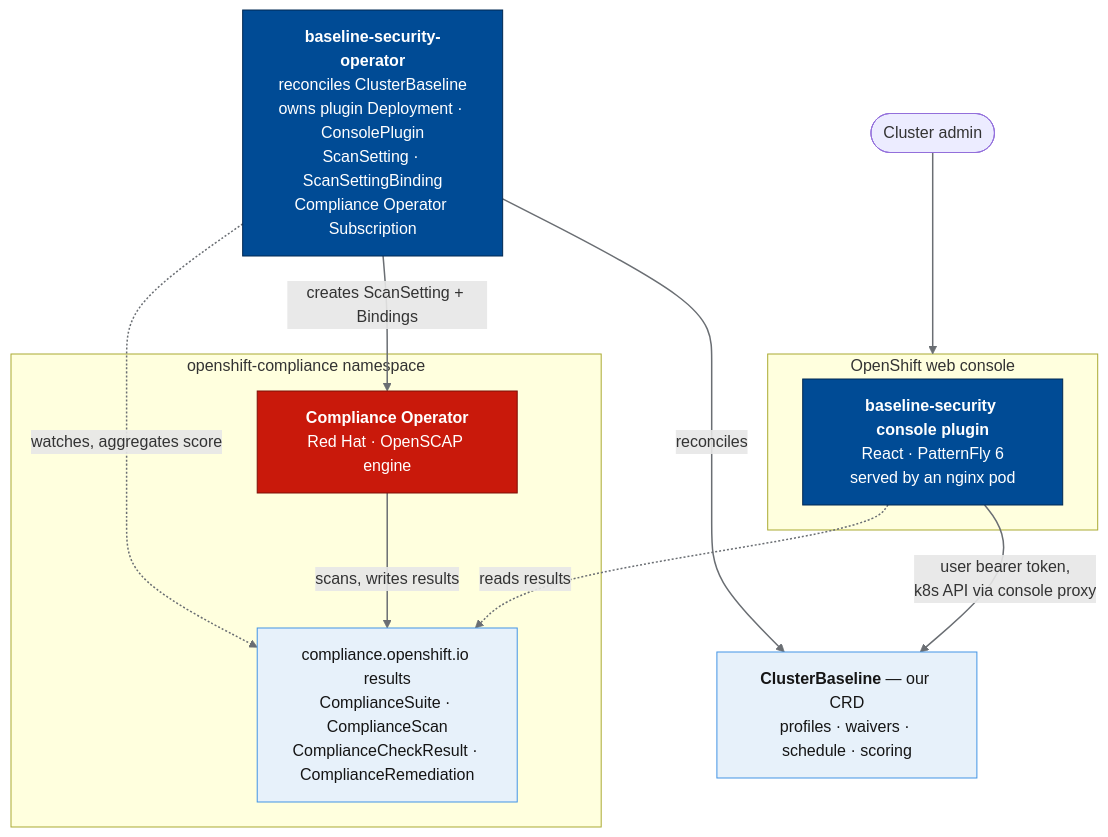
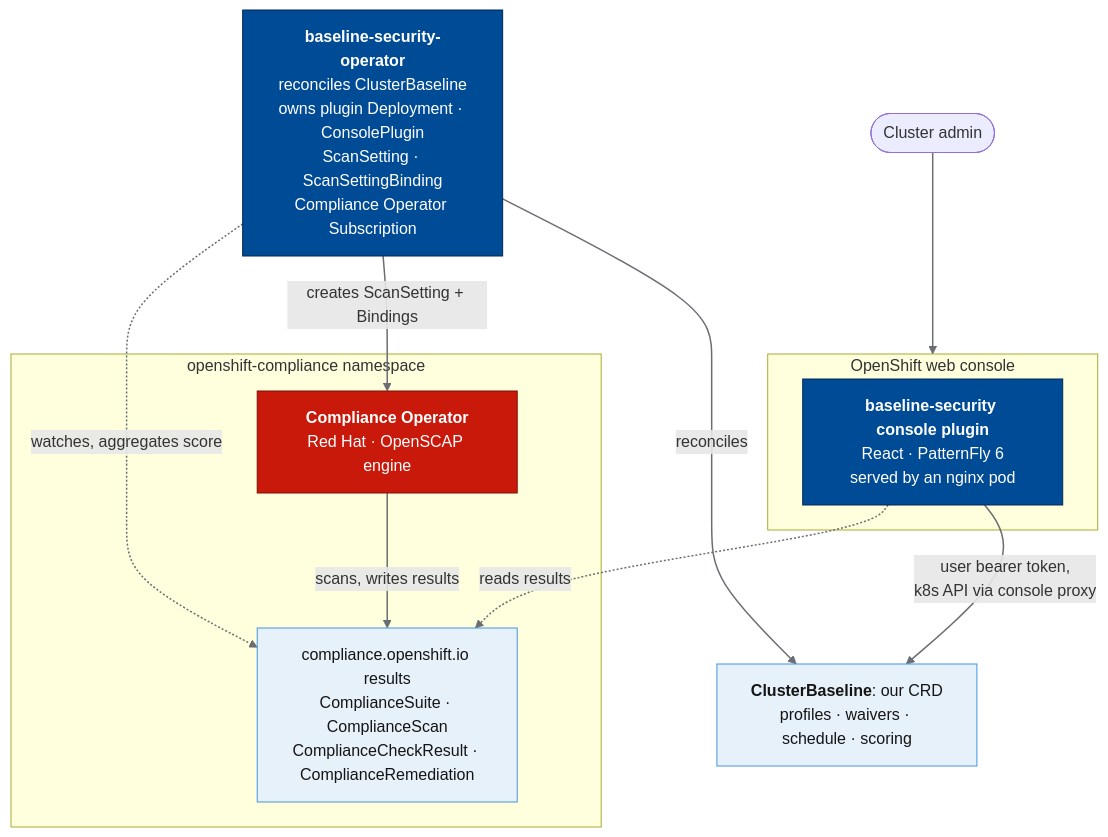
Before and after one commit to maci0/openshift-baseline-security: the diagram in docs/SPEC.md, drawn with Mermaid. The commit also changed other lines of this file and 7 other files, not shown here.

````diff
--- a/docs/SPEC.md
+++ b/docs/SPEC.md
@@ -100,33 +100,33 @@
 ```mermaid
 flowchart TB
     admin(["Cluster admin"])
 
     subgraph console["OpenShift web console"]
         plugin["<b>baseline-security console plugin</b><br/>React · PatternFly 6<br/>served by an nginx pod"]
     end
 
-    baseline["<b>ClusterBaseline</b> — our CRD<br/>profiles · waivers · schedule · scoring"]
+    baseline["<b>ClusterBaseline</b>: our CRD<br/>profiles · waivers · schedule · scoring"]
 
     operator["<b>baseline-security-operator</b><br/>reconciles ClusterBaseline<br/>owns plugin Deployment · ConsolePlugin<br/>ScanSetting · ScanSettingBinding<br/>Compliance Operator Subscription"]
 
     subgraph comp["openshift-compliance namespace"]
         co["<b>Compliance Operator</b><br/>Red Hat · OpenSCAP engine"]
         crs["compliance.openshift.io results<br/>ComplianceSuite · ComplianceScan<br/>ComplianceCheckResult · ComplianceRemediation"]
     end
 
     admin --> console
     plugin -->|"user bearer token,<br/>k8s API via console proxy"| baseline
     plugin -. reads results .-> crs
     operator -->|reconciles| baseline
     operator -->|"creates ScanSetting + Bindings"| co
     co -->|scans, writes results| crs
     operator -. watches, aggregates score .-> crs
 
     classDef ours fill:#004b95,stroke:#002952,color:#ffffff
     classDef rh fill:#c9190b,stroke:#7d1007,color:#ffffff
     classDef api fill:#e7f1fa,stroke:#4394e5,color:#151515
     class plugin,operator ours
     class co rh
     class baseline,crs api
     linkStyle default stroke:#6a6e73,stroke-width:1.5px
 ```
````
